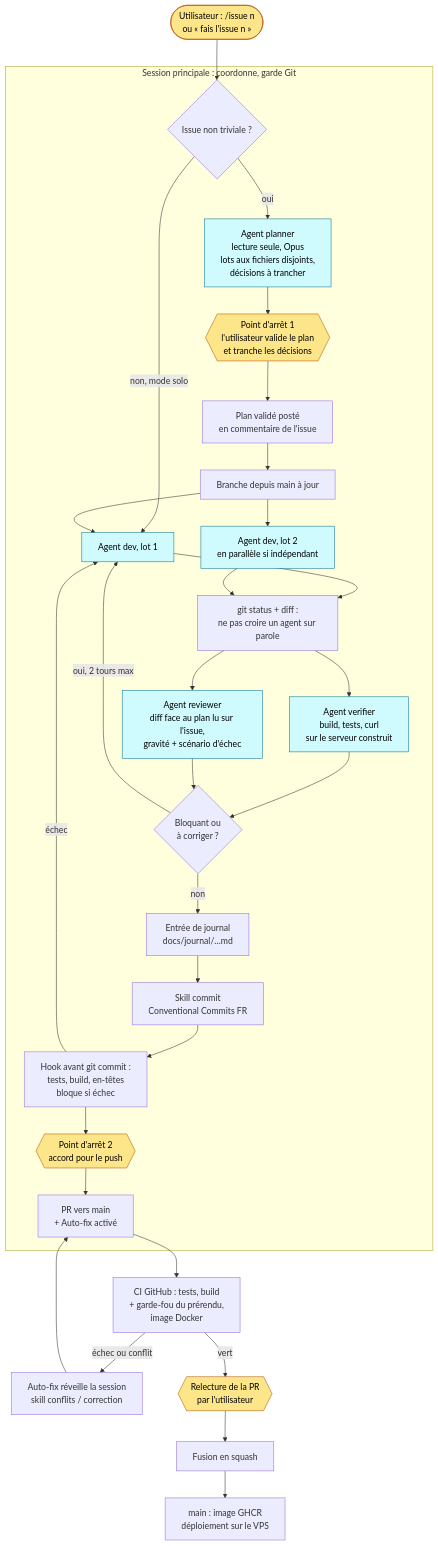
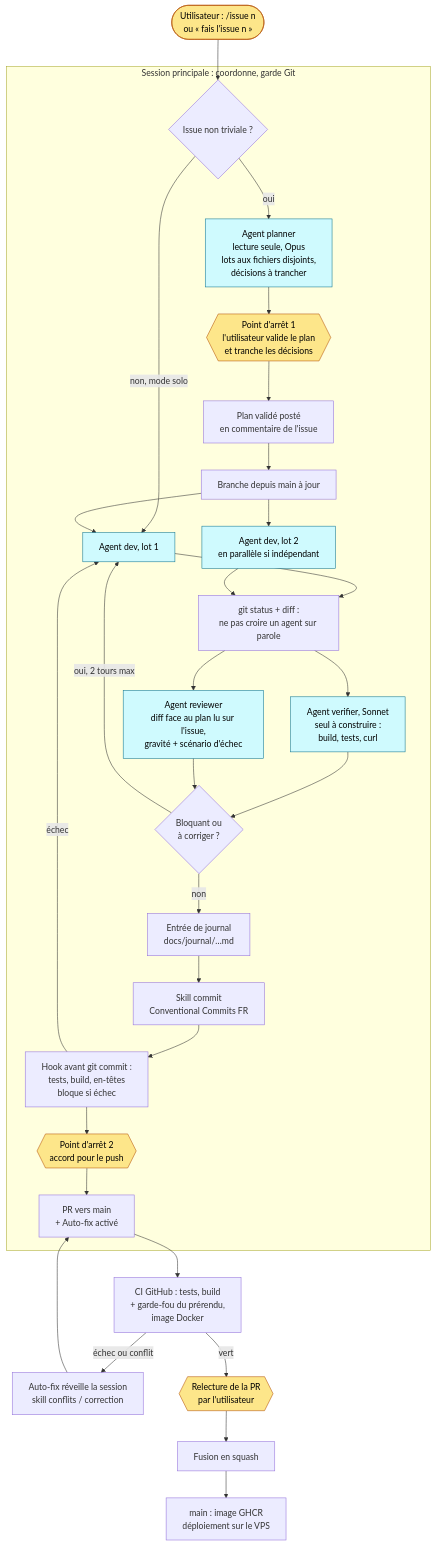
The diagram in docs/workflow-agentique.md (matthisRipoche/Front-end-avance), drawn with Mermaid before and after one commit. The commit also changed other lines of this file and 5 other files, not shown here.

````diff
--- a/docs/workflow-agentique.md
+++ b/docs/workflow-agentique.md
@@ -7,39 +7,39 @@
 ```mermaid
 flowchart TD
     U([Utilisateur : /issue n<br/>ou « fais l'issue n »]) --> S
 
     subgraph SP[Session principale : coordonne, garde Git]
         S{Issue non triviale ?}
         S -- oui --> P[Agent planner<br/>lecture seule, Opus<br/>lots aux fichiers disjoints,<br/>décisions à trancher]
         S -- non, mode solo --> D1
         P --> V1{{Point d'arrêt 1<br/>l'utilisateur valide le plan<br/>et tranche les décisions}}
         V1 --> PL[Plan validé posté<br/>en commentaire de l'issue]
         PL --> B[Branche depuis main à jour]
         B --> D1[Agent dev, lot 1]
         B --> D2[Agent dev, lot 2<br/>en parallèle si indépendant]
         D1 & D2 --> C[git status + diff :<br/>ne pas croire un agent sur parole]
-        C --> VR[Agent verifier<br/>build, tests, curl<br/>sur le serveur construit]
+        C --> VR[Agent verifier, Sonnet<br/>seul à construire :<br/>build, tests, curl]
         C --> RV[Agent reviewer<br/>diff face au plan lu sur l'issue,<br/>gravité + scénario d'échec]
         VR & RV --> OK{Bloquant ou<br/>à corriger ?}
         OK -- oui, 2 tours max --> D1
         OK -- non --> J[Entrée de journal<br/>docs/journal/…md]
         J --> K[Skill commit<br/>Conventional Commits FR]
         K --> HK[Hook avant git commit :<br/>tests, build, en-têtes<br/>bloque si échec]
         HK -- échec --> D1
         HK --> V2
         V2{{Point d'arrêt 2<br/>accord pour le push}}
         V2 --> PR[PR vers main<br/>+ Auto-fix activé]
     end
 
     PR --> CI[CI GitHub : tests, build<br/>+ garde-fou du prérendu,<br/>image Docker]
     CI -- échec ou conflit --> AF[Auto-fix réveille la session<br/>skill conflits / correction]
     AF --> PR
     CI -- vert --> R{{Relecture de la PR<br/>par l'utilisateur}}
     R --> M[Fusion en squash]
     M --> DEP[main : image GHCR<br/>déploiement sur le VPS]
 
     classDef humain fill:#fde68a,stroke:#b45309,color:#000
     classDef agent fill:#cffafe,stroke:#0e7490,color:#000
     class V1,V2,R,U humain
     class P,D1,D2,VR,RV agent
 ```
````
